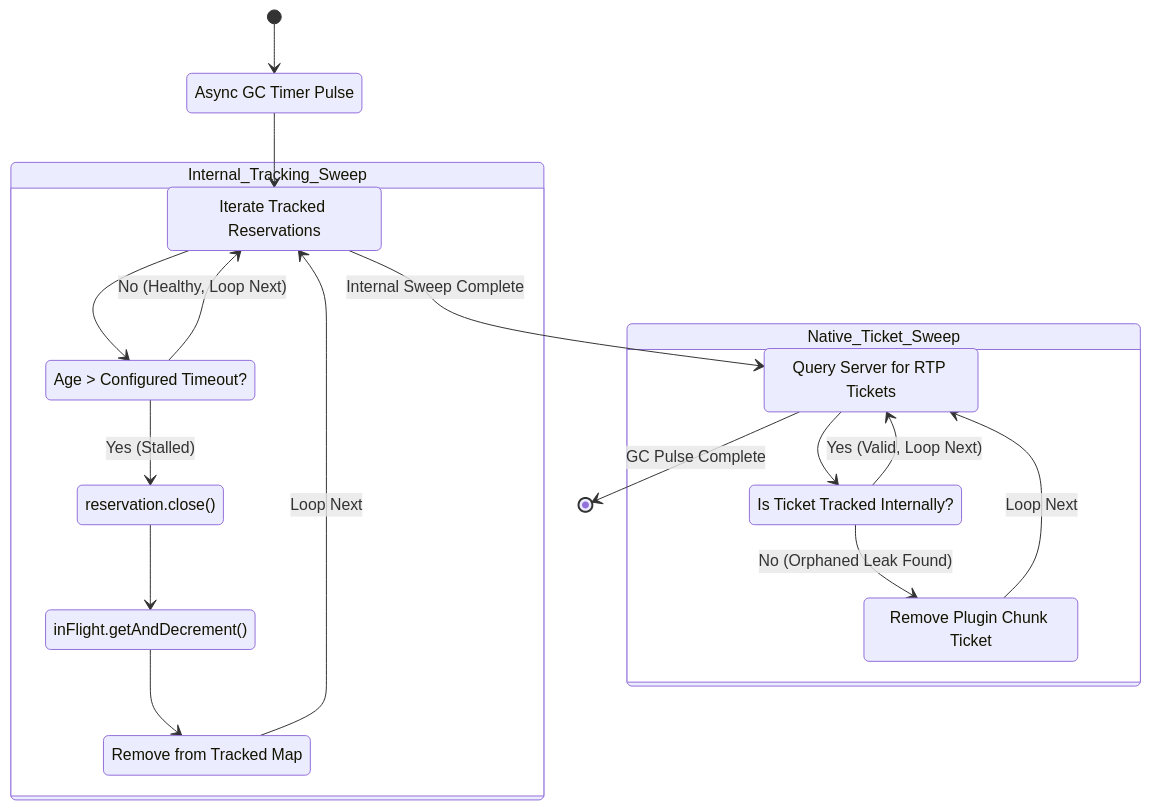
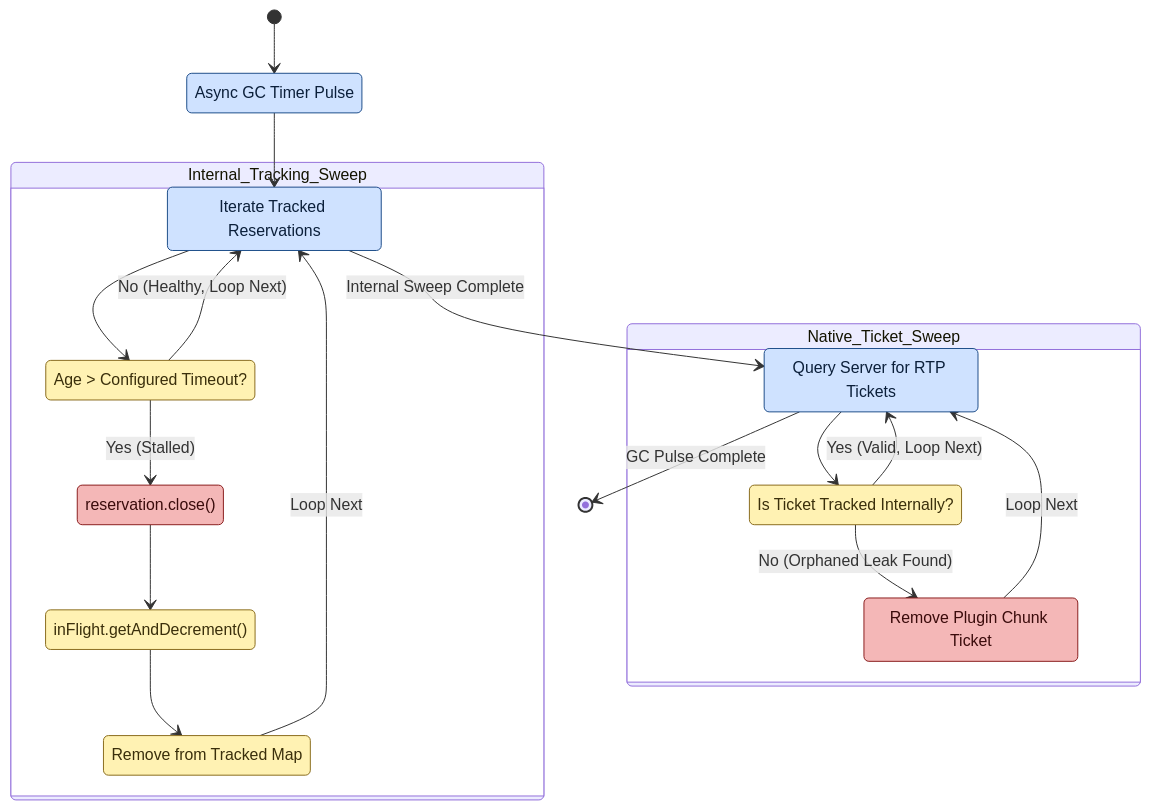
Before and after one commit to DailyStruggle/RTP: the diagram in docs/architecture/04-active-gc-sweep.md, drawn with Mermaid. The commit also changed other lines of this file and 29 other files, not shown here.

````diff
--- a/docs/architecture/04-active-gc-sweep.md
+++ b/docs/architecture/04-active-gc-sweep.md
@@ -1,47 +10,55 @@
 ```mermaid
 stateDiagram-v2
     TimerTrigger : Async GC Timer Pulse
     [*] --> TimerTrigger
 
 %% 1. Define State Containers (Strict Parser Syntax)
     state Internal_Tracking_Sweep {
         FetchMap : Iterate Tracked Reservations
         CheckTimeout : Age > Configured Timeout?
         ForceClose : reservation.close()
         DecCounter : inFlight.getAndDecrement()
         Untrack : Remove from Tracked Map
     }
 
     state Native_Ticket_Sweep {
         FetchServer : Query Server for RTP Tickets
         CheckTracked : Is Ticket Tracked Internally?
         DropOrphan : Remove Plugin Chunk Ticket
     }
 
 %% 2. Internal Sweep Logic
     TimerTrigger --> FetchMap
     FetchMap --> CheckTimeout
 
 %% Internal Branches
     CheckTimeout --> ForceClose : Yes (Stalled)
     ForceClose --> DecCounter
     DecCounter --> Untrack
     Untrack --> FetchMap : Loop Next
 
     CheckTimeout --> FetchMap : No (Healthy, Loop Next)
 
 %% 3. Transition to Native Sweep
     FetchMap --> FetchServer : Internal Sweep Complete
 
 %% 4. Native Sweep Logic
     FetchServer --> CheckTracked
 
 %% Native Branches
     CheckTracked --> DropOrphan : No (Orphaned Leak Found)
     DropOrphan --> FetchServer : Loop Next
 
     CheckTracked --> FetchServer : Yes (Valid, Loop Next)
 
 %% Termination
     FetchServer --> [*] : GC Pulse Complete
+
+%% Color legend: red = leak caught (forced close / orphan drop), blue = async timer / sweep, yellow = bookkeeping iteration
+    classDef fail  fill:#f4b7b7,stroke:#8a1f1f,color:#3a0b0b;
+    classDef async fill:#cfe2ff,stroke:#1f4e8a,color:#0b1f3a;
+    classDef data  fill:#fff2b3,stroke:#8a6d1f,color:#3a2f0b;
+    class ForceClose,DropOrphan fail
+    class TimerTrigger,FetchMap,FetchServer async
+    class CheckTimeout,CheckTracked,DecCounter,Untrack data
 ```
````
